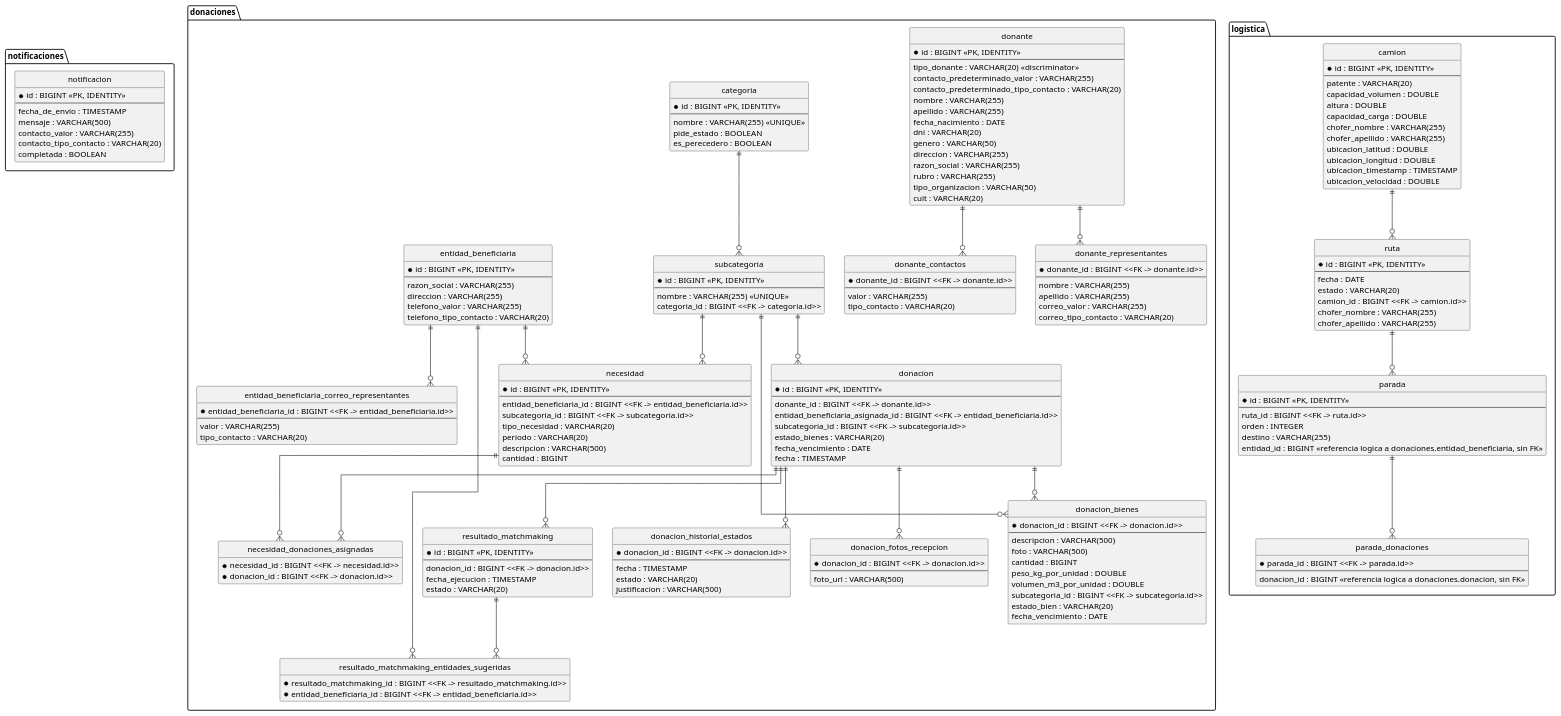
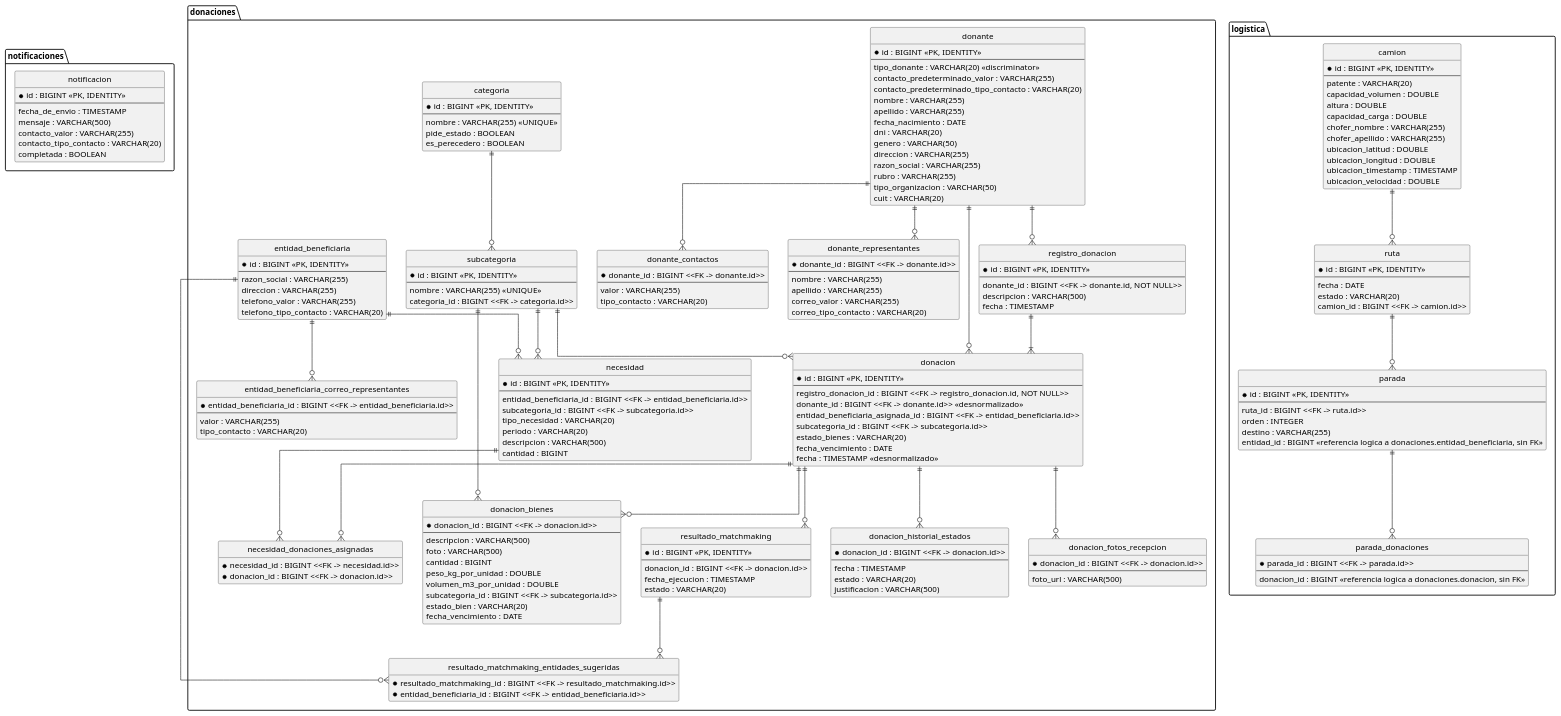
Before and after one commit to ttiagoc/dsi-tpa-2026-DonaTrack-g8: the diagram in documents/DiagramaER.puml, drawn with PlantUML. The commit also changed 71 other files, not shown here.

```diff
--- a/documents/DiagramaER.puml
+++ b/documents/DiagramaER.puml
@@ -123,20 +123,44 @@
 
   subcategoria ||--o{ donacion_bienes
 
+  ' RegistroDonacion: la carga completa (no segmentada) que hace el
+  ' donante en el deposito. Se persiste para conservar la descripcion
+  ' general (Consigna 1), la trazabilidad de que Donaciones salieron
+  ' de la misma carga y la fecha de ultima donacion del donante (cron
+  ' de inactividad). Sus bienes NO se guardan aca (@Transient): ya
+  ' quedan en donacion_bienes tras la segmentacion.
+  entity registro_donacion {
+    * id : BIGINT <<PK, IDENTITY>>
+    --
+    donante_id : BIGINT <<FK -> donante.id, NOT NULL>>
+    descripcion : VARCHAR(500)
+    fecha : TIMESTAMP
+  }
+
+  donante ||--o{ registro_donacion
+
   ' Donacion: entidad real (tiene id, repositorio propio, endpoints
   ' propios en DonacionController). entidad_beneficiaria_asignada_id
   ' nace NULL hasta que el matchmaking asigna una entidad.
+  ' Cada Donacion sale de un unico RegistroDonacion (1 registro -> 1..N
+  ' donaciones). DESNORMALIZACION deliberada: donante_id y fecha se
+  ' repiten del registro (derivables por JOIN) para que las consultas
+  ' sobre donacion, la entidad mas consultada del sistema, no necesiten
+  ' JOIN a registro_donacion. Ver JustificacionesDisenoRelacional.md.
   entity donacion {
     * id : BIGINT <<PK, IDENTITY>>
     --
-    donante_id : BIGINT <<FK -> donante.id>>
+    registro_donacion_id : BIGINT <<FK -> registro_donacion.id, NOT NULL>>
+    donante_id : BIGINT <<FK -> donante.id>> <<desnormalizado>>
     entidad_beneficiaria_asignada_id : BIGINT <<FK -> entidad_beneficiaria.id>>
     subcategoria_id : BIGINT <<FK -> subcategoria.id>>
     estado_bienes : VARCHAR(20)
     fecha_vencimiento : DATE
-    fecha : TIMESTAMP
+    fecha : TIMESTAMP <<desnormalizado>>
   }
 
+  registro_donacion ||--|{ donacion
+  donante ||--o{ donacion
   subcategoria ||--o{ donacion
 
   donacion ||--o{ donacion_bienes
@@ -248,9 +272,8 @@
 
   ' ComprobanteEntrega: NO se persiste. Solo existe dentro de
   ' EventoEntregaExitosa (evento transitorio, ver GestorDeEventos),
-  ' nunca se guarda en Donacion ni en ninguna tabla. Mismo criterio que
-  ' RegistroDonacion: sin repositorio, sin id, se descarta tras emitir
-  ' el evento.
+  ' nunca se guarda en Donacion ni en ninguna tabla: sin repositorio,
+  ' sin id, se descarta tras emitir el evento.
 }
 
 ' ============================================================
@@ -278,18 +301,15 @@
     ubicacion_velocidad : DOUBLE
   }
 
-  ' Ruta: entidad real (id, RutaRepository, CRUD completo). Ruta.chofer
-  ' se mapea igual (embebido) pero ver ErroresACorregir.md: nunca se
-  ' setea en ningun flujo real, duplica el chofer accesible via
-  ' camion_id -> chofer.
+  ' Ruta: entidad real (id, RutaRepository, CRUD completo). No guarda
+  ' chofer propio: el chofer se consulta siempre al camion asignado
+  ' (camion_id -> camion.chofer_*).
   entity ruta {
     * id : BIGINT <<PK, IDENTITY>>
     --
     fecha : DATE
     estado : VARCHAR(20)
     camion_id : BIGINT <<FK -> camion.id>>
-    chofer_nombre : VARCHAR(255)
-    chofer_apellido : VARCHAR(255)
   }
 
   camion ||--o{ ruta
```
